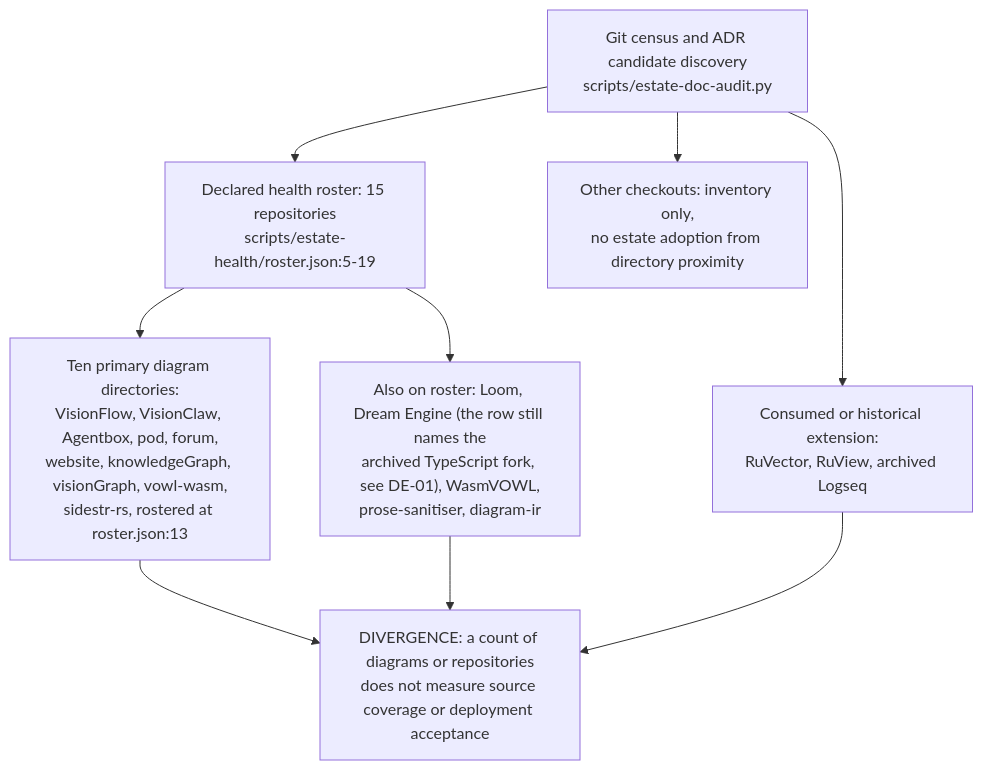
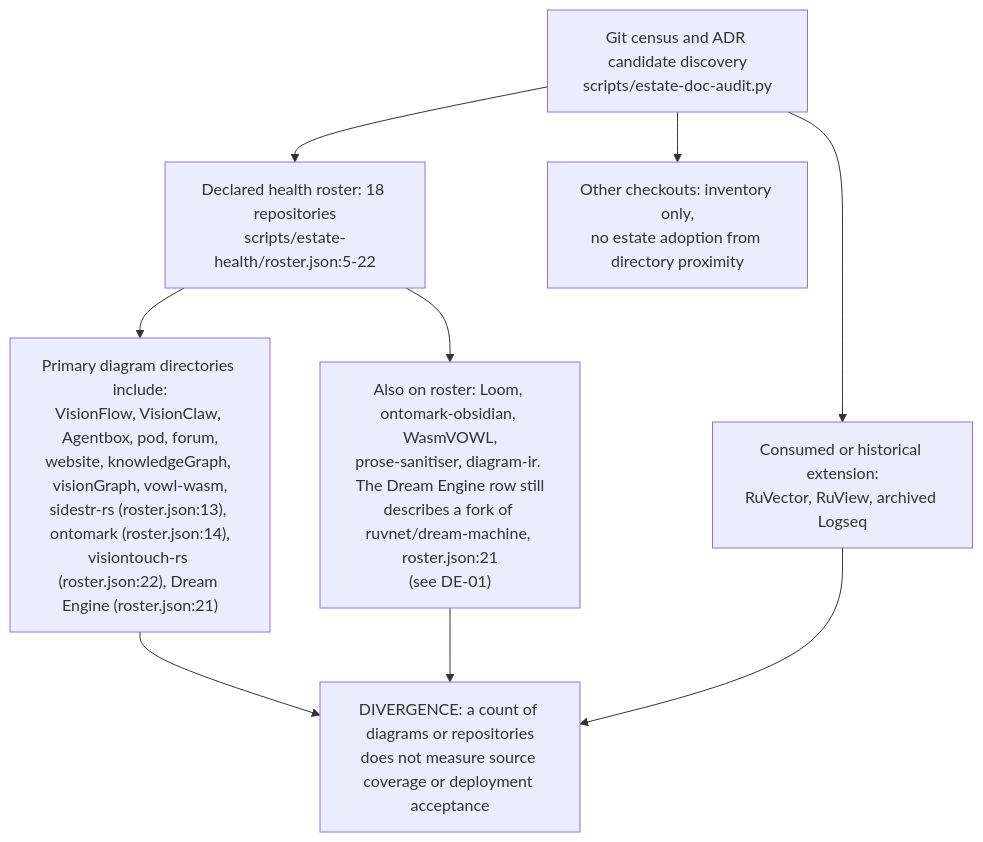
One commit to DreamLab-AI/VisionFlow changed the first of 5 diagrams in docs/diagrams/estate/90-evidence-and-supporting-repositories.md. Above: the diagram before and after it, drawn with Mermaid. The commit also changed other lines of this file and 160 other files, not shown here.

````diff
--- a/docs/diagrams/estate/90-evidence-and-supporting-repositories.md
+++ b/docs/diagrams/estate/90-evidence-and-supporting-repositories.md
@@ -32,11 +34,11 @@
 ```mermaid
 flowchart TB
-    R["Declared health roster: 15 repositories<br/>scripts/estate-health/roster.json:5-19"] --> P["Ten primary diagram directories:<br/>VisionFlow, VisionClaw, Agentbox, pod, forum,<br/>website, knowledgeGraph, visionGraph, vowl-wasm,<br/>sidestr-rs, rostered at roster.json:13"]
-    R --> S["Also on roster: Loom, Dream Engine (the row still names the<br/>archived TypeScript fork, see DE-01), WasmVOWL,<br/>prose-sanitiser, diagram-ir"]
+    R["Declared health roster: 18 repositories<br/>scripts/estate-health/roster.json:5-22"] --> P["Primary diagram directories include:<br/>VisionFlow, VisionClaw, Agentbox, pod, forum,<br/>website, knowledgeGraph, visionGraph, vowl-wasm,<br/>sidestr-rs (roster.json:13), ontomark (roster.json:14),<br/>visiontouch-rs (roster.json:22), Dream Engine (roster.json:21)"]
+    R --> S["Also on roster: Loom, ontomark-obsidian, WasmVOWL,<br/>prose-sanitiser, diagram-ir. The Dream Engine row still<br/>describes a fork of ruvnet/dream-machine, roster.json:21<br/>(see DE-01)"]
     C["Git census and ADR candidate discovery<br/>scripts/estate-doc-audit.py"] --> R
     C --> D["Consumed or historical extension:<br/>RuVector, RuView, archived Logseq"]
     C --> N["Other checkouts: inventory only,<br/>no estate adoption from directory proximity"]
     P --> E["DIVERGENCE: a count of diagrams or repositories<br/>does not measure source coverage or deployment acceptance"]
     S --> E
     D --> E
 ```
````
